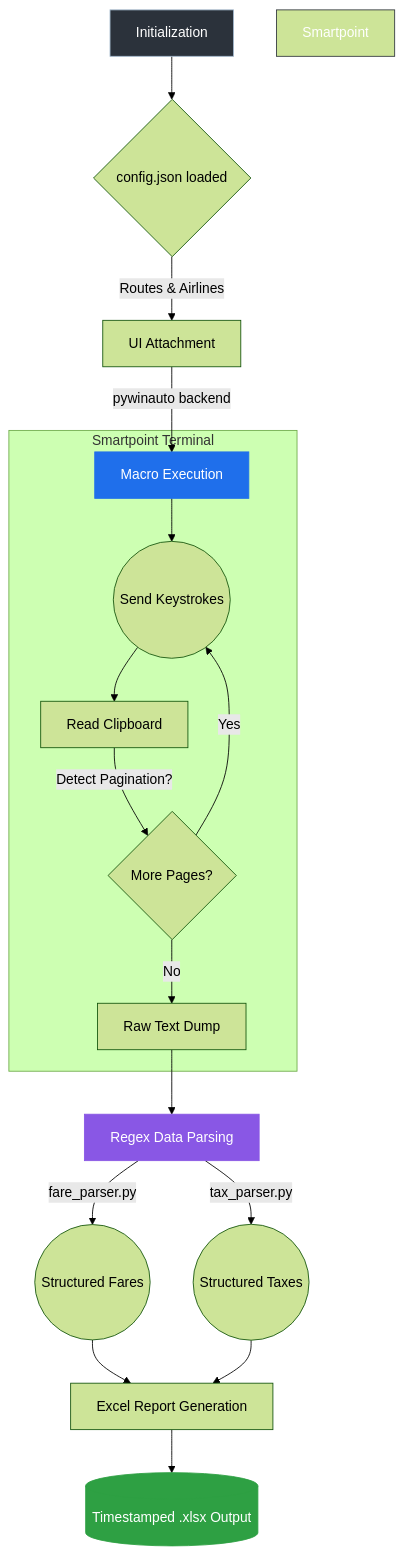
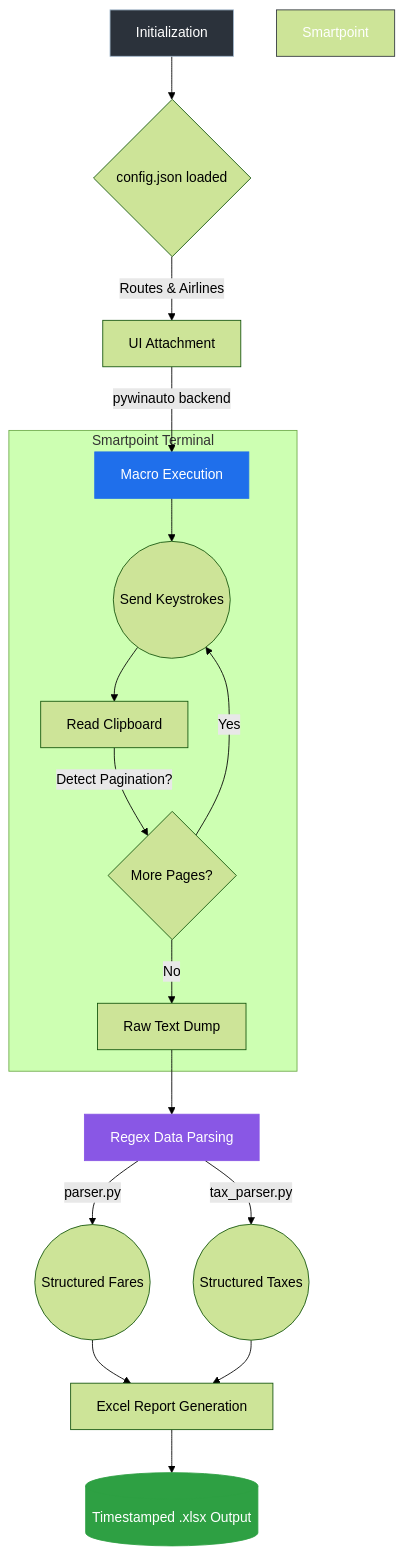
Before and after one commit to IhsanKabir/Process_Optimization_Using_pywinauto: the diagram in README.md, drawn with Mermaid (forest theme). The commit also changed other lines of this file, not shown here.

Commit message:
docs: correct parser file name and test count in README

````diff
--- a/README.md
+++ b/README.md
@@ -38,28 +38,28 @@
 ```mermaid
 graph TD
     A[Initialization] --> B{config.json loaded}
     B -->|Routes & Airlines| C[UI Attachment]
     C -->|pywinauto backend| D[Macro Execution]
     
     subgraph Smartpoint Terminal
     D --> E((Send Keystrokes))
     E --> F[Read Clipboard]
     F -->|Detect Pagination?| G{More Pages?}
     G -->|Yes| E
     G -->|No| H[Raw Text Dump]
     end
     
     H --> I[Regex Data Parsing]
-    I -->|fare_parser.py| J((Structured Fares))
+    I -->|parser.py| J((Structured Fares))
     I -->|tax_parser.py| K((Structured Taxes))
     
     J --> L[Excel Report Generation]
     K --> L
     L --> M[(Timestamped .xlsx Output)]
     
     style A fill:#2b323b,stroke:#a3b8cc,color:#fff
     style M fill:#2ea043,stroke:#2ea043,color:#fff
     style D fill:#1f6feb,stroke:#1f6feb,color:#fff
     style I fill:#8957e5,stroke:#8957e5,color:#fff
     style Smartpoint Terminal fill:#0d1117,stroke:#30363d,color:#fff
 ```
````
